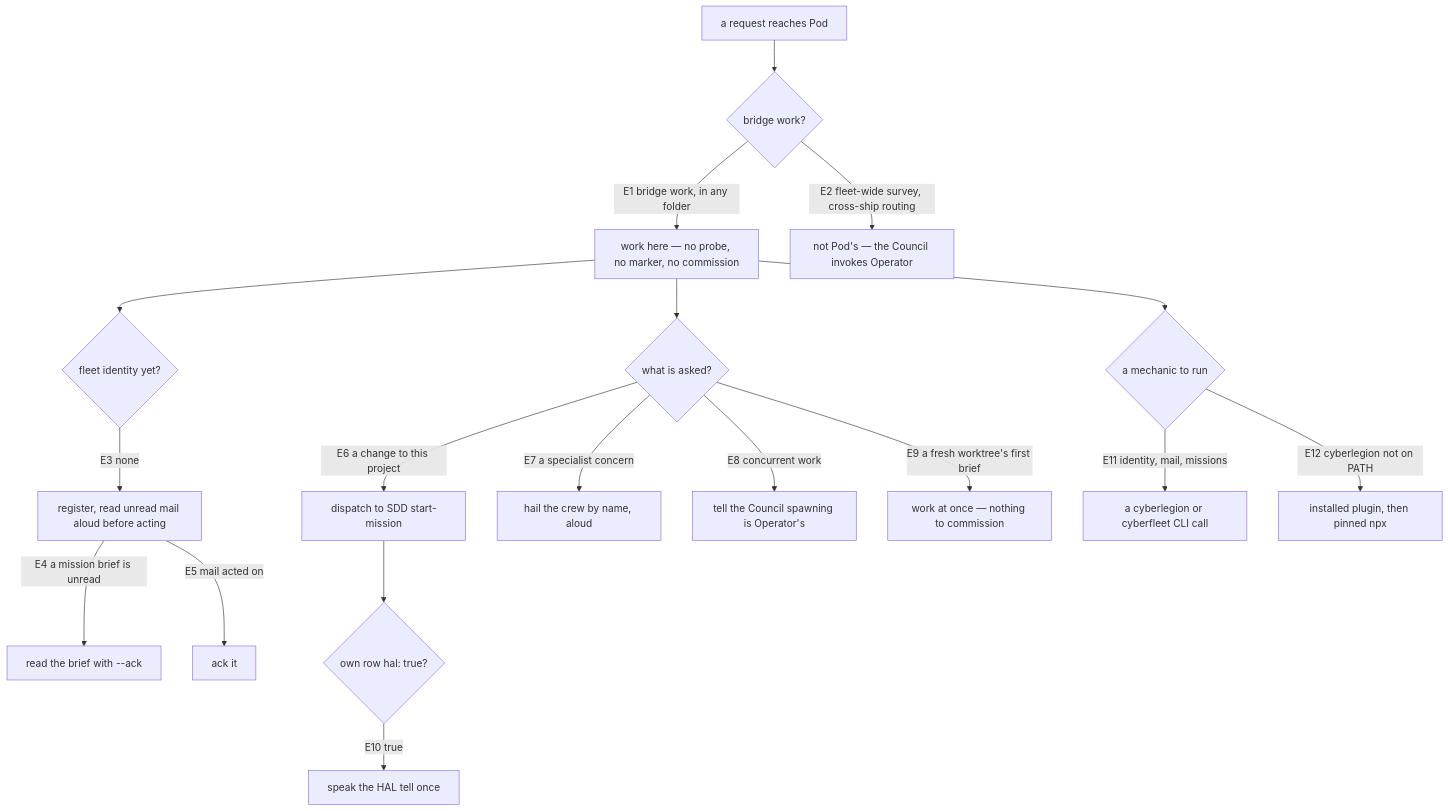
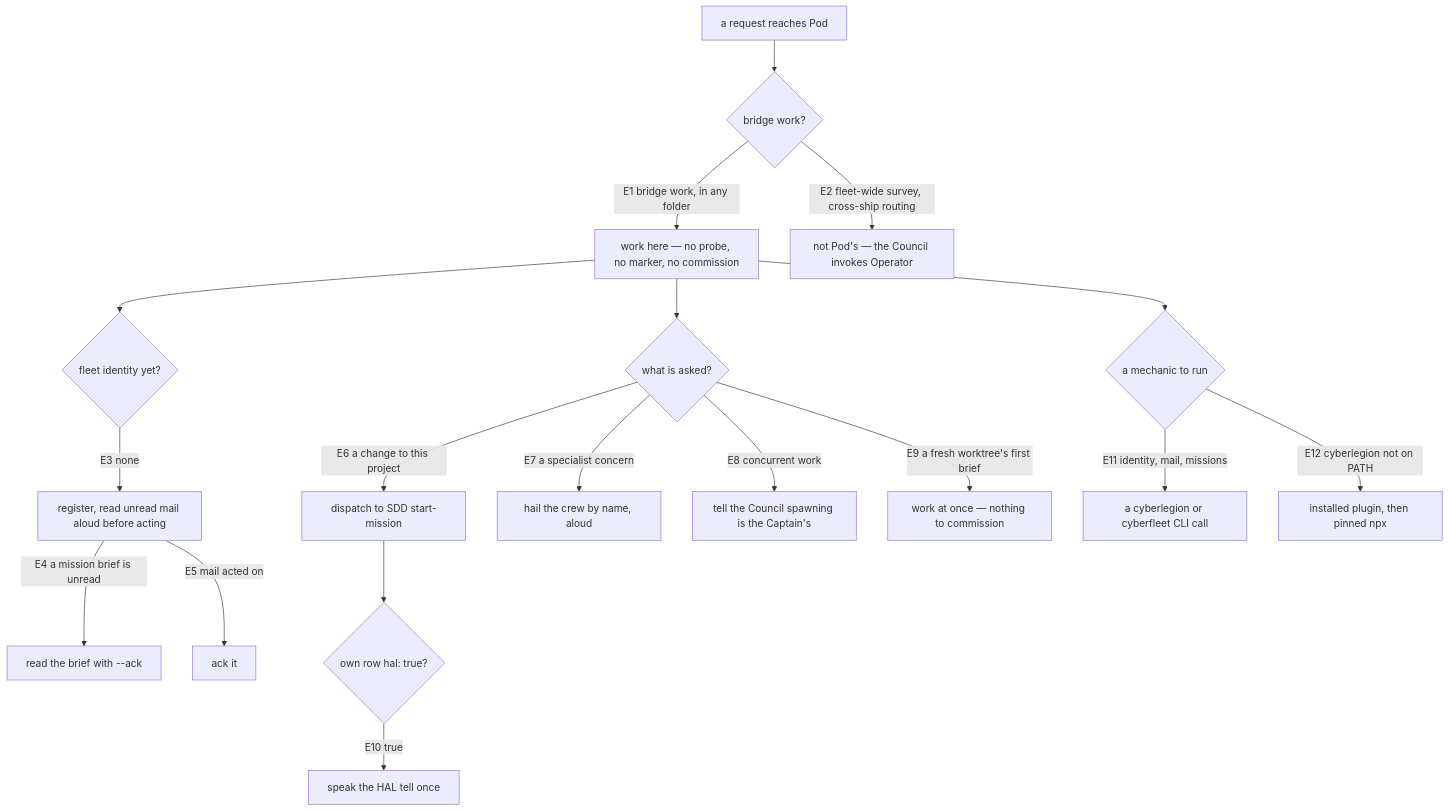
The first of 2 diagrams in .agents/specs/cyberfleet/pod/README.md (cyberuni/cyberfleet), drawn with Mermaid before and after one commit. The commit also changed other lines of this file and 4 other files, not shown here.

````diff
--- a/.agents/specs/cyberfleet/pod/README.md
+++ b/.agents/specs/cyberfleet/pod/README.md
@@ -142,20 +144,20 @@
 ```mermaid
 flowchart TD
   A["a request reaches Pod"] --> B{"bridge work?"}
   B -->|"E1 bridge work, in any folder"| C["work here — no probe, no marker, no commission"]
   B -->|"E2 fleet-wide survey, cross-ship routing"| X["not Pod's — the Council invokes Operator"]
   C --> D{"fleet identity yet?"}
   D -->|"E3 none"| E["register, read unread mail aloud before acting"]
   E -->|"E4 a mission brief is unread"| F["read the brief with --ack"]
   E -->|"E5 mail acted on"| G["ack it"]
   C --> H{"what is asked?"}
   H -->|"E6 a change to this project"| I["dispatch to SDD start-mission"]
   H -->|"E7 a specialist concern"| J["hail the crew by name, aloud"]
-  H -->|"E8 concurrent work"| K["tell the Council spawning is Operator's"]
+  H -->|"E8 concurrent work"| K["tell the Council spawning is the Captain's"]
   H -->|"E9 a fresh worktree's first brief"| L["work at once — nothing to commission"]
   I --> M{"own row hal: true?"}
   M -->|"E10 true"| N["speak the HAL tell once"]
   C --> O{"a mechanic to run"}
   O -->|"E11 identity, mail, missions"| P["a cyberlegion or cyberfleet CLI call"]
   O -->|"E12 cyberlegion not on PATH"| Q["installed plugin, then pinned npx"]
 ```
````
